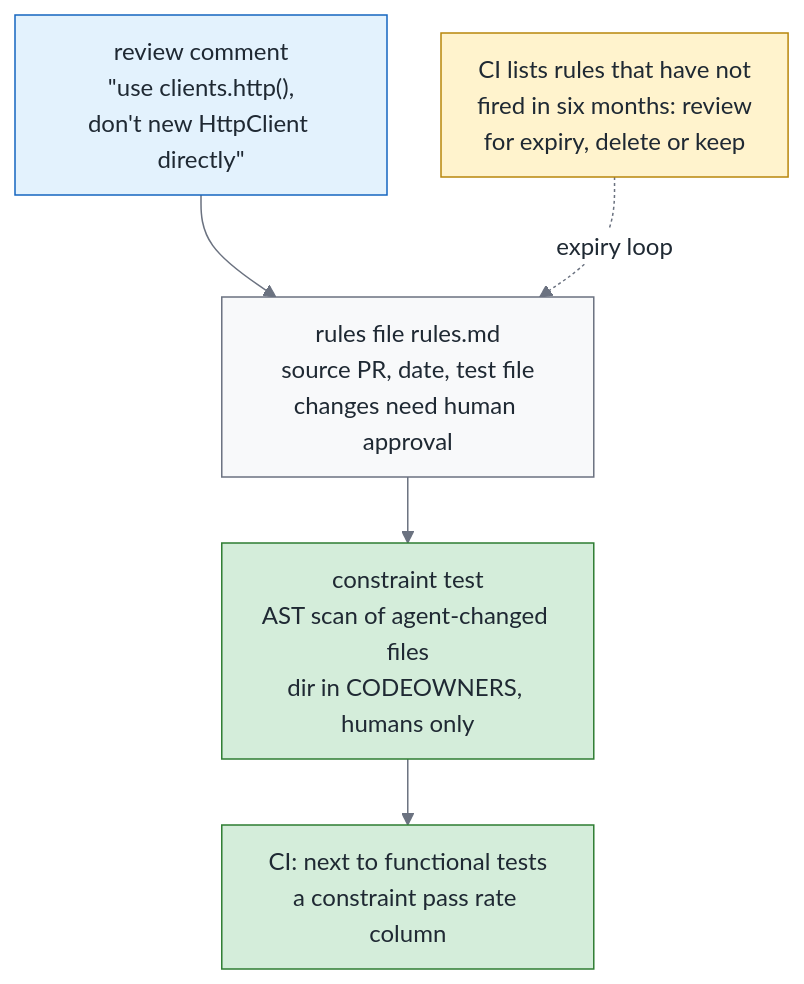
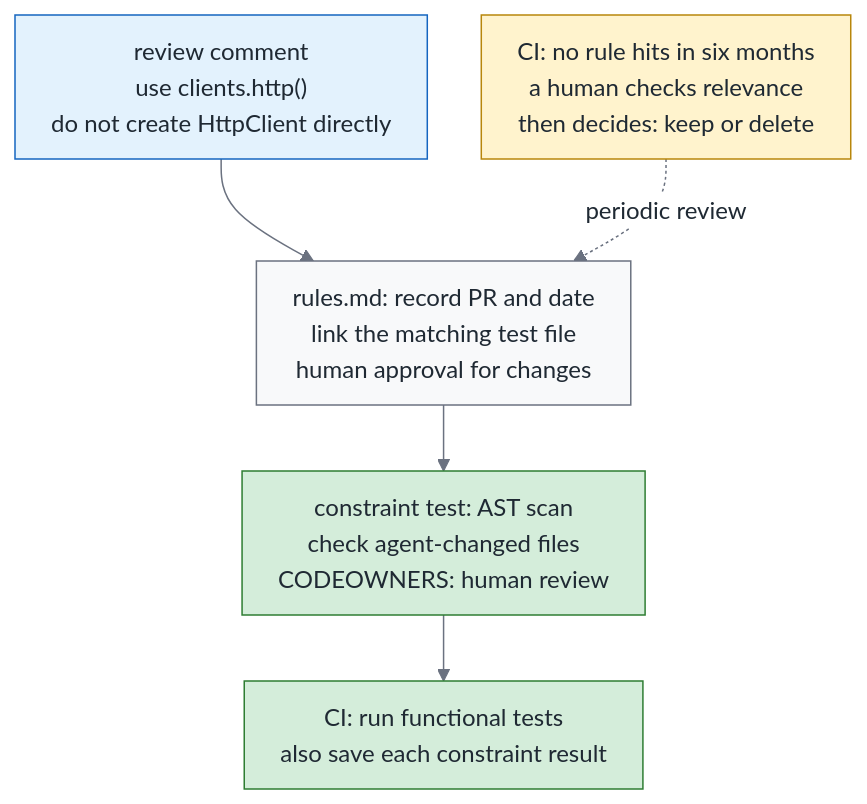
Before and after one commit to fantasybz/medium-articles: the first of 4 diagrams in 2026-10-green-reliability/article.en.md, drawn with Mermaid. The commit also changed other lines of this file and 23 other files, not shown here.

````diff
--- a/2026-10-green-reliability/article.en.md
+++ b/2026-10-green-reliability/article.en.md
@@ -125,38 +127,39 @@
 ```mermaid
 ---
 config:
   theme: base
   themeVariables:
     fontSize: 16px
     primaryColor: "#f8f9fa"
     primaryTextColor: "#1f2933"
     primaryBorderColor: "#6b7280"
     lineColor: "#6b7280"
     secondaryColor: "#f8f9fa"
     tertiaryColor: "#ffffff"
     clusterBkg: "#ffffff"
     clusterBorder: "#9ca3af"
     edgeLabelBackground: "#ffffff"
   flowchart:
     nodeSpacing: 36
     rankSpacing: 44
     padding: 12
     htmlLabels: true
+    wrappingWidth: 300
     subGraphTitleMargin:
       top: 8
       bottom: 12
     curve: basis
 ---
 flowchart TB
     classDef own fill:#d4edda,stroke:#2e7d32,color:#1f2933
     classDef buy fill:#fff3cd,stroke:#b8860b,color:#1f2933
     classDef bad fill:#ffe0e0,stroke:#c0392b,color:#1f2933
     classDef human fill:#e3f2fd,stroke:#1565c0,color:#1f2933
-    A["review comment<br/>#quot;use clients.http(),<br/>don't new HttpClient directly#quot;"] --> B["rules file rules.md<br/>source PR, date, test file<br/>changes need human approval"]
-    E["CI lists rules that have not<br/>fired in six months: review<br/>for expiry, delete or keep"] -.->|expiry loop| B
-    B --> C["constraint test<br/>AST scan of agent-changed files<br/>dir in CODEOWNERS, humans only"]
-    C --> D["CI: next to functional tests<br/>a constraint pass rate column"]
+    A["review comment<br/>use clients.http()<br/>do not create HttpClient directly"] --> B["rules.md: record PR and date<br/>link the matching test file<br/>human approval for changes"]
+    E["CI: no rule hits in six months<br/>a human checks relevance<br/>then decides: keep or delete"] -.->|periodic review| B
+    B --> C["constraint test: AST scan<br/>check agent-changed files<br/>CODEOWNERS: human review"]
+    C --> D["CI: run functional tests<br/>also save each constraint result"]
     class A human
     class C,D own
     class E buy
 ```
````
